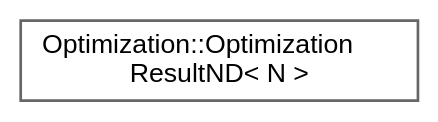
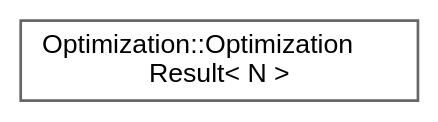
Before and after one commit to jswoo0615/Algorithms_for_Optimization_cpp: the diagram in inherit_graph_18.dot, drawn with Graphviz. The commit also changed 39 other files, not shown here.

```diff
--- a/inherit_graph_18.dot
+++ b/inherit_graph_18.dot
@@ -1,9 +1,9 @@
 digraph "Graphical Class Hierarchy"
 {
  // LATEX_PDF_SIZE
   bgcolor="transparent";
   edge [fontname=Helvetica,fontsize=10,labelfontname=Helvetica,labelfontsize=10];
   node [fontname=Helvetica,fontsize=10,shape=box,height=0.2,width=0.4];
   rankdir="LR";
-  Node0 [id="Node000000",label="Optimization::Optimization\lResultND\< N \>",height=0.2,width=0.4,color="grey40", fillcolor="white", style="filled",URL="$structOptimization_1_1OptimizationResultND.html",tooltip=" "];
+  Node0 [id="Node000000",label="Optimization::Optimization\lResult\< N \>",height=0.2,width=0.4,color="grey40", fillcolor="white", style="filled",URL="$structOptimization_1_1OptimizationResult.html",tooltip="최적화 결과를 담는 구조체 (N차원 지원)"];
 }
```
